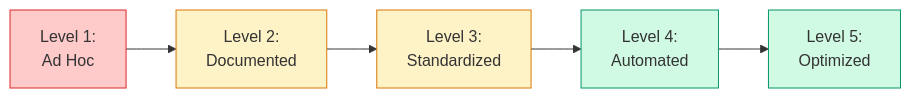
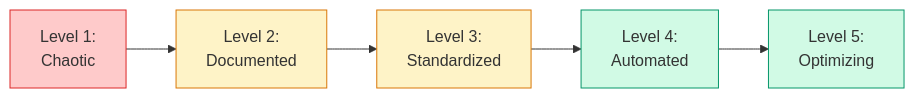
Diagram 16 of 16 in _topics/scaling-api-design-architecture-part-2.md (rilov/handbook), drawn with Mermaid before and after one commit. The commit also changed other lines of this file, not shown here.

```diff
--- a/_topics/scaling-api-design-architecture-part-2.md
+++ b/_topics/scaling-api-design-architecture-part-2.md
@@ -1090,13 +963,13 @@
 <div class="mermaid">
 flowchart LR
-    L1["Level 1:<br/>Ad Hoc"] --> L2["Level 2:<br/>Documented"]
+    L1["Level 1:<br/>Chaotic"] --> L2["Level 2:<br/>Documented"]
     L2 --> L3["Level 3:<br/>Standardized"]
     L3 --> L4["Level 4:<br/>Automated"]
-    L4 --> L5["Level 5:<br/>Optimized"]
+    L4 --> L5["Level 5:<br/>Optimizing"]
     
     style L1 fill:#fecaca,stroke:#dc2626
     style L2 fill:#fef3c7,stroke:#d97706
     style L3 fill:#fef3c7,stroke:#d97706
     style L4 fill:#d1fae5,stroke:#059669
     style L5 fill:#d1fae5,stroke:#059669
 </div>
```
